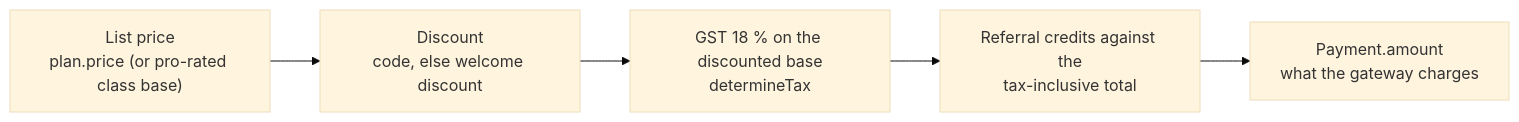
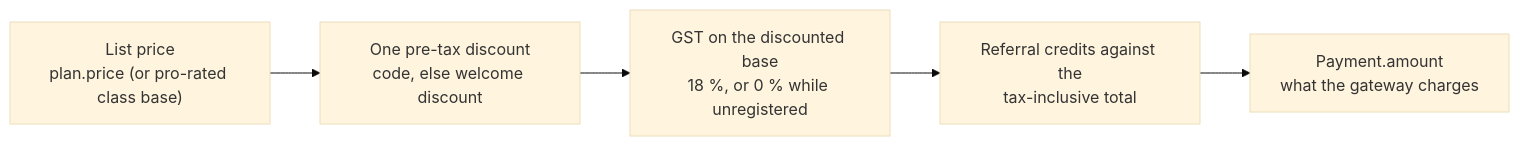
One commit to Practitionist/familiarise_web changed the second of 2 diagrams in docs/finance/10-money-in/01-checkout-and-pricing.md. Above: the diagram before and after it, drawn with Mermaid (base theme). The commit also changed other lines of this file and 73 other files, not shown here.

````diff
--- a/docs/finance/10-money-in/01-checkout-and-pricing.md
+++ b/docs/finance/10-money-in/01-checkout-and-pricing.md
@@ -50,7 +50,7 @@
 ```mermaid
 flowchart LR
-  A["List price<br/>plan.price (or pro-rated class base)"] --> B["Discount<br/>code, else welcome discount"]
-  B --> C["GST 18 % on the discounted base<br/>determineTax"]
+  A["List price<br/>plan.price (or pro-rated class base)"] --> B["One pre-tax discount<br/>code, else welcome discount"]
+  B --> C["GST on the discounted base<br/>18 %, or 0 % while unregistered"]
   C --> D["Referral credits against the<br/>tax-inclusive total"]
   D --> E["Payment.amount<br/>what the gateway charges"]
 ```
````
